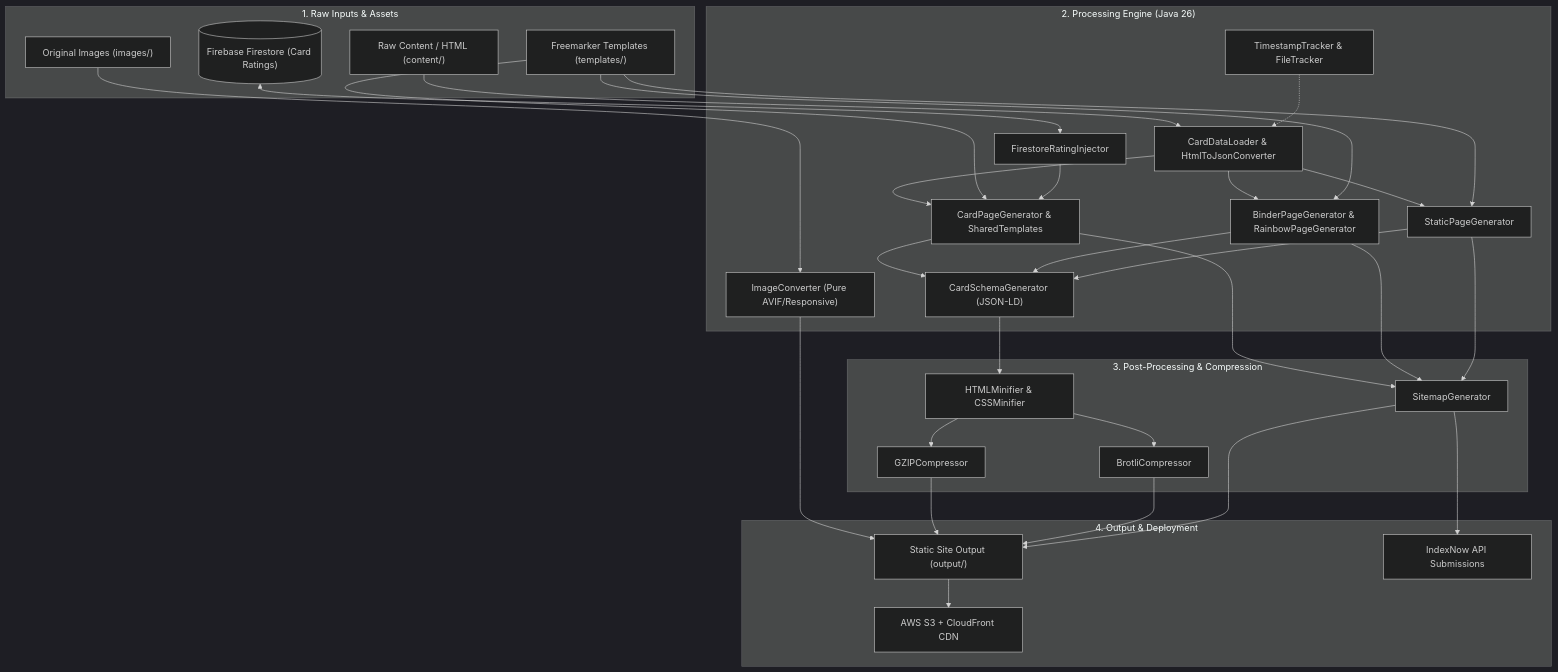
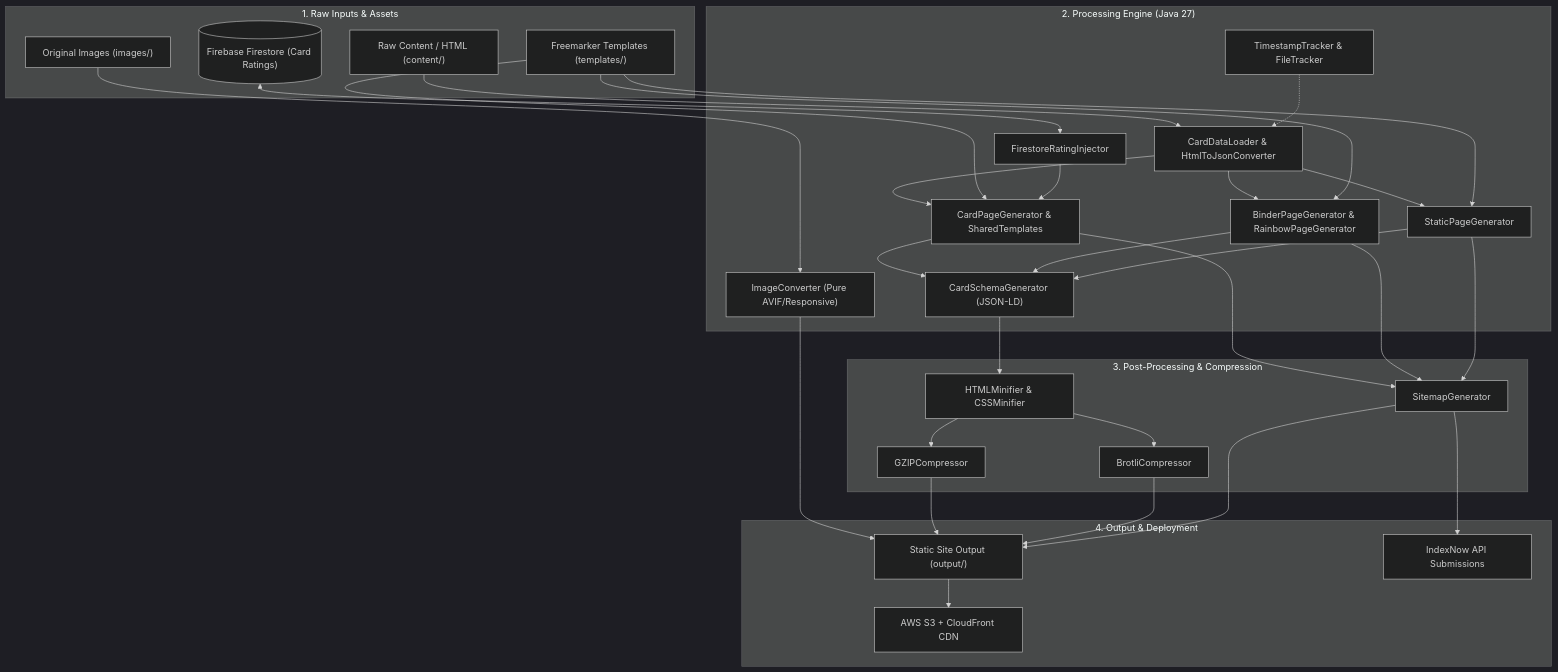
Before and after one commit to AndreasBild/card-collectionJava: the second of 2 diagrams in ARCHITECTURE.md, drawn with Mermaid (dark theme). The commit also changed other lines of this file and 13 other files, not shown here.

````diff
--- a/ARCHITECTURE.md
+++ b/ARCHITECTURE.md
@@ -76,49 +76,49 @@
 ```mermaid
 flowchart TD
     subgraph Inputs ["1. Raw Inputs & Assets"]
         HTML["Raw Content / HTML (content/)"]
         IMG["Original Images (images/)"]
         FTL["Freemarker Templates (templates/)"]
         FS[("Firebase Firestore (Card Ratings)")]
     end
 
-    subgraph CoreEngine ["2. Processing Engine (Java 26)"]
+    subgraph CoreEngine ["2. Processing Engine (Java 27)"]
         Loader["CardDataLoader & HtmlToJsonConverter"]
         Tracker["TimestampTracker & FileTracker"]
         Gen["CardPageGenerator & SharedTemplates"]
         Binder["BinderPageGenerator & RainbowPageGenerator"]
         Static["StaticPageGenerator"]
         Schema["CardSchemaGenerator (JSON-LD)"]
         ImgConv["ImageConverter (Pure AVIF/Responsive)"]
         Rating["FirestoreRatingInjector"]
     end
 
     subgraph Optimization ["3. Post-Processing & Compression"]
         Min["HTMLMinifier & CSSMinifier"]
         CompGZ["GZIPCompressor"]
         CompBR["BrotliCompressor"]
         Sitemap["SitemapGenerator"]
     end
 
     subgraph Outputs ["4. Output & Deployment"]
         Dist["Static Site Output (output/)"]
         AWS["AWS S3 + CloudFront CDN"]
         INow["IndexNow API Submissions"]
     end
 
     HTML --> Loader
     IMG --> ImgConv
     Loader --> Gen & Binder & Static
     FTL --> Gen & Binder & Static
     FS <--> Rating
     Rating --> Gen
     Gen & Binder & Static --> Schema
     Schema --> Min
     ImgConv --> Dist
     Min --> CompGZ & CompBR
     CompGZ & CompBR --> Dist
     Gen & Binder & Static --> Sitemap --> Dist
     Tracker -.-> Loader
     Dist --> AWS
     Sitemap --> INow
 ```
````
